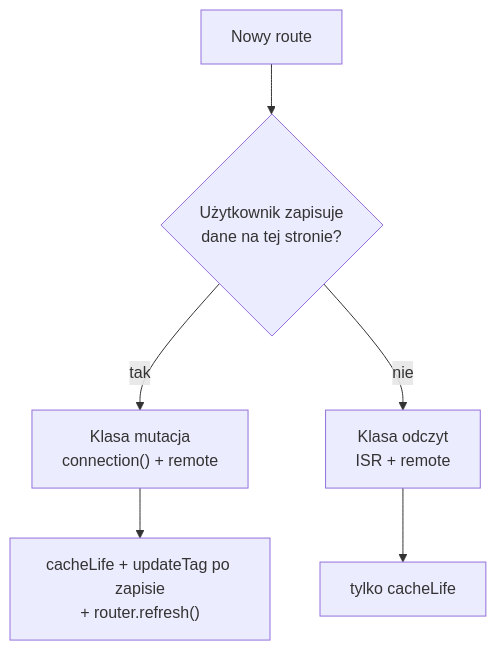
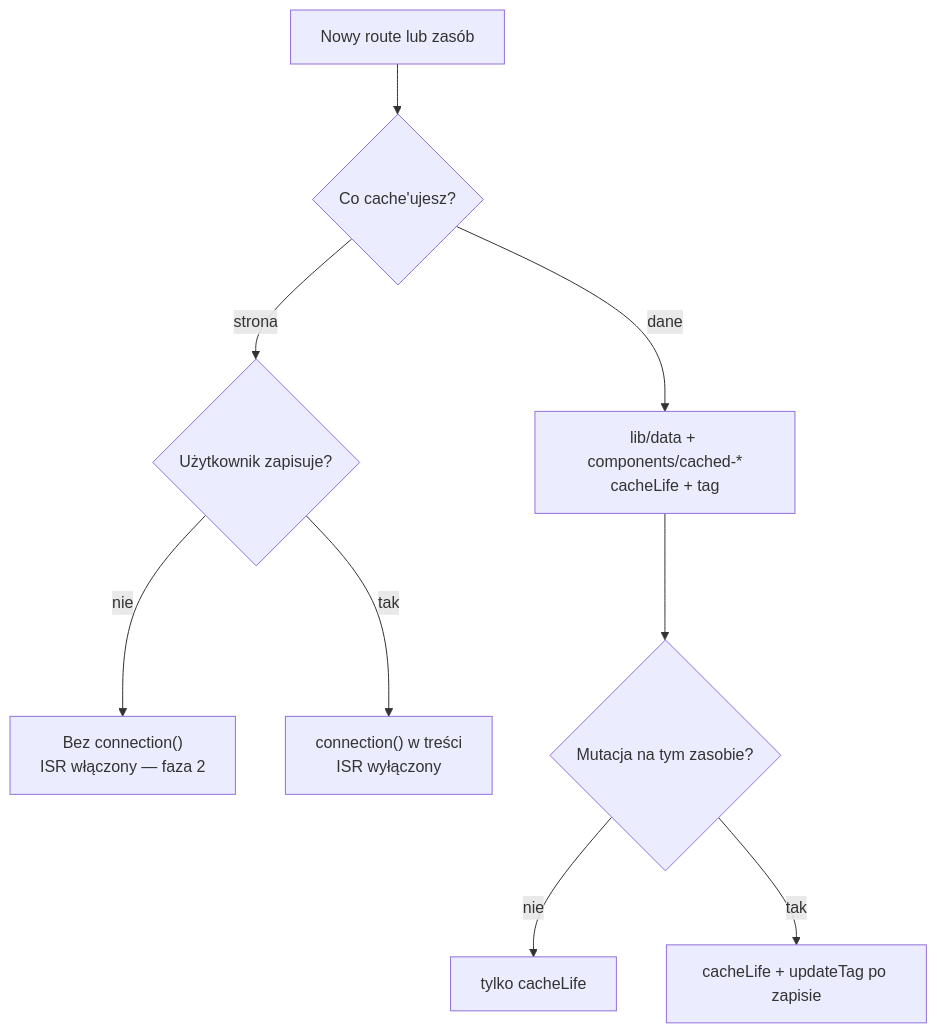
One commit to Regnar110/cursor-playground changed the second of 2 diagrams in apps/tmeNext/docs/STRATEGIA-CACHE.md. Above: the diagram before and after it, drawn with Mermaid. The commit also changed other lines of this file, not shown here.

First line of the commit message:
docs(tmeNext): usystematyzuj STRATEGIA-CACHE.md

````diff
--- a/apps/tmeNext/docs/STRATEGIA-CACHE.md
+++ b/apps/tmeNext/docs/STRATEGIA-CACHE.md
@@ -217,9 +276,13 @@
 ```mermaid
 flowchart TD
-    START["Nowy route"] --> Q1{"Użytkownik zapisuje\ndane na tej stronie?"}
-    Q1 -- tak --> MUT["Klasa mutacja\nconnection() + remote"]
-    Q1 -- nie --> READ["Klasa odczyt\nISR + remote"]
+    START["Nowy route lub zasób"] --> Q1{"Co cache'ujesz?"}
+    Q1 -- dane --> DATA["lib/data + components/cached-*\ncacheLife + tag"]
+    Q1 -- strona --> Q2{"Użytkownik zapisuje?"}
 
-    MUT --> FRESH_MUT["cacheLife + updateTag po zapisie\n+ router.refresh()"]
-    READ --> FRESH_READ["tylko cacheLife"]
+    Q2 -- nie --> READ["Bez connection()\nISR włączony — faza 2"]
+    Q2 -- tak --> MUT["connection() w treści\nISR wyłączony"]
+
+    DATA --> Q3{"Mutacja na tym zasobie?"}
+    Q3 -- nie --> CL["tylko cacheLife"]
+    Q3 -- tak --> UT["cacheLife + updateTag po zapisie"]
 ```
````
